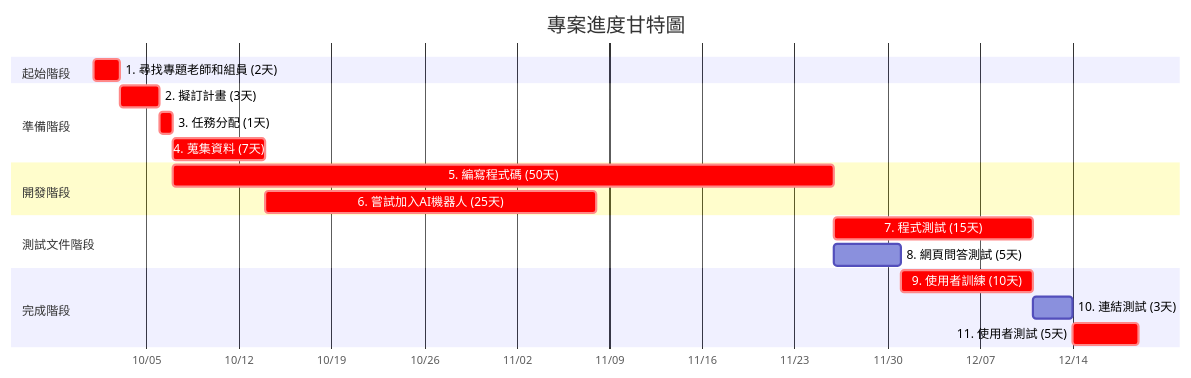
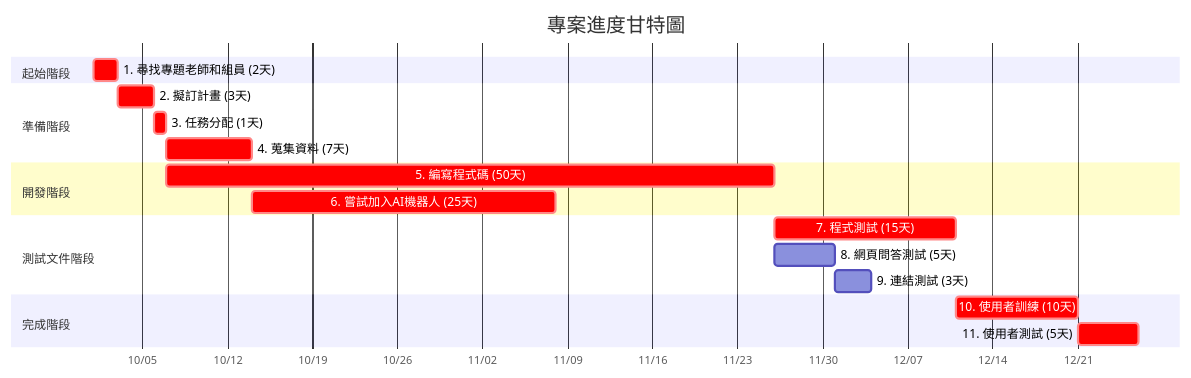
The second of 2 diagrams in hw2.md (c112118202-droid/-), drawn with Mermaid before and after one commit.

````diff
--- a/hw2.md
+++ b/hw2.md
@@ -29,27 +29,27 @@
 ```mermaid
 gantt
     title 專案進度甘特圖
     dateFormat YYYY-MM-DD
     axisFormat %m/%d
     
     section 起始階段
     1. 尋找專題老師和組員 (2天)     :crit, m1, 2025-10-01, 2d
     
     section 準備階段
     2. 擬訂計畫 (3天)     :crit, m2, after m1, 3d
     3. 任務分配 (1天)    :crit, m3, after m2, 1d
     4. 蒐集資料 (7天)    :crit, m4, after m3, 7d
 
     section 開發階段
     5. 編寫程式碼 (50天)    :crit, m5, after m3, 50d
     6. 嘗試加入AI機器人 (25天)    :crit, m6, after m4, 25d
     
     section 測試文件階段
     7. 程式測試 (15天)    :crit,m7, after m5, 15d
     8. 網頁問答測試 (5天)  :m8, after m5, 5d
-        
+    9. 連結測試 (3天)  :m9, after m8, 3d
+
     section 完成階段
-    9. 使用者訓練 (10天)    :crit, m9, after m8, 10d
-    10. 連結測試 (3天)  :m10, after m7 m8, 3d
+    10. 使用者訓練 (10天)    :crit, m10, after m7 m8, 10d
     11. 使用者測試 (5天)  :crit, m11, after m9 m10, 5d
 ```
````
